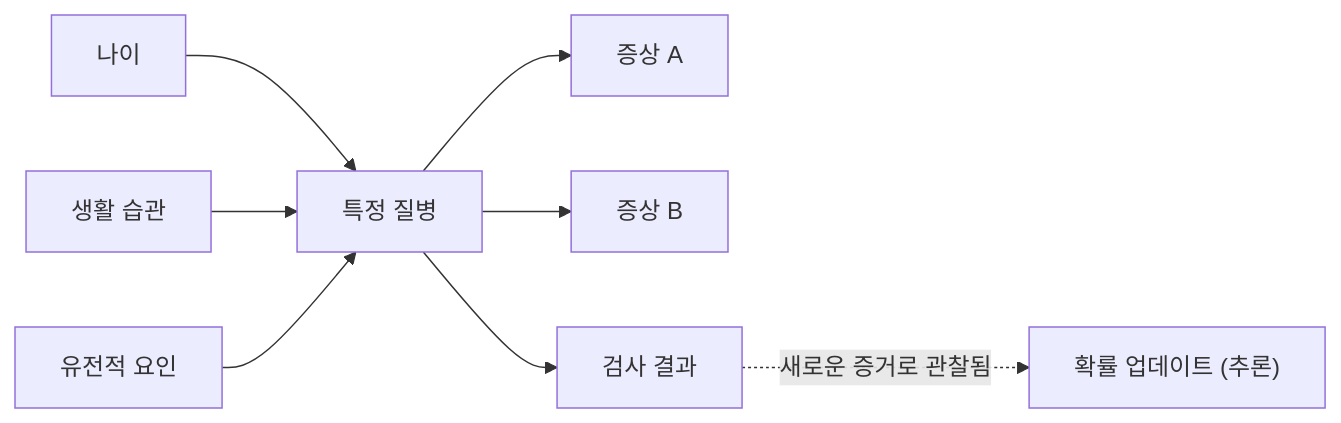
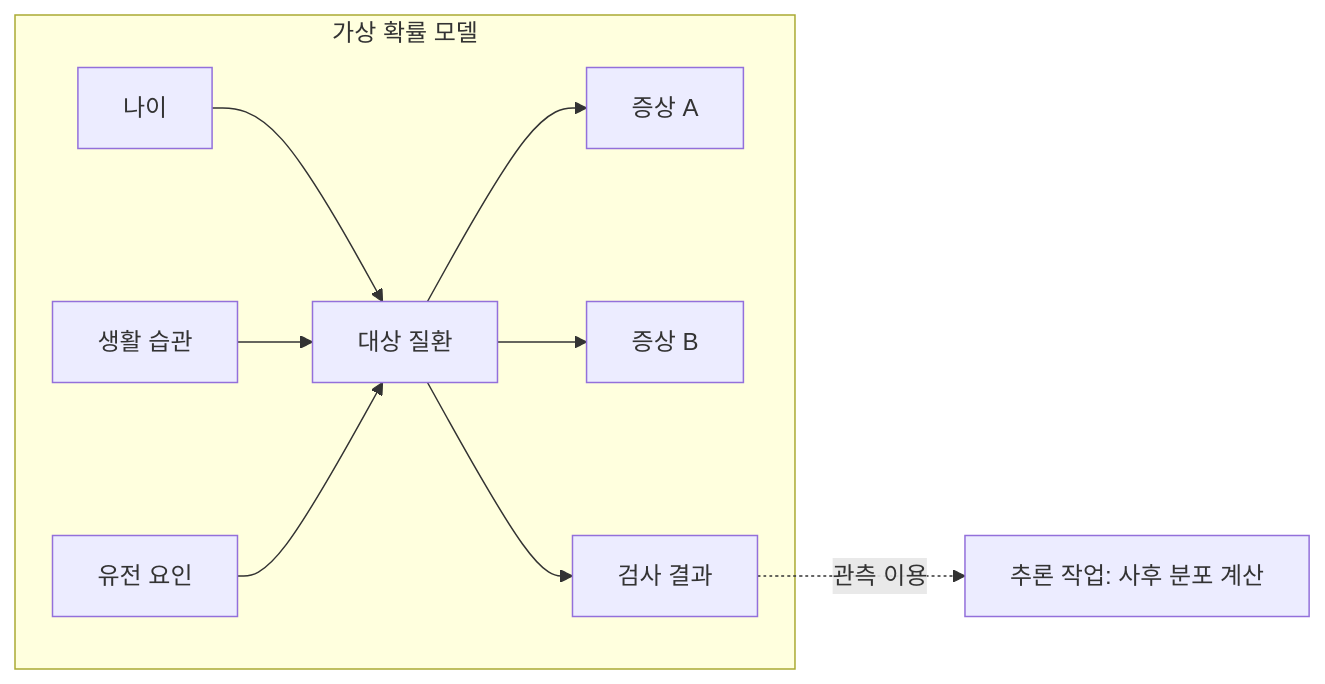
One commit to kenjinote/blog changed the second of 2 diagrams in content/post/bayes-theorem/index.ko.md. Above: the diagram before and after it, drawn with Mermaid. The commit also changed other lines of this file and 8 other files, not shown here.

````diff
--- a/content/post/bayes-theorem/index.ko.md
+++ b/content/post/bayes-theorem/index.ko.md
@@ -116,12 +161,12 @@
 ```mermaid
 flowchart LR
-    Age["나이"] --> Disease["특정 질병"]
-    Lifestyle["생활 습관"] --> Disease
-    Genes["유전적 요인"] --> Disease
-    
-    Disease --> SymptomA["증상 A"]
-    Disease --> SymptomB["증상 B"]
-    Disease --> TestResult["검사 결과"]
-    
-    TestResult -.->|"새로운 증거로 관찰됨"| Update["확률 업데이트 (추론)"]
+    subgraph Model["가상 확률 모델"]
+        Age["나이"] --> Disease["대상 질환"]
+        Lifestyle["생활 습관"] --> Disease
+        Genes["유전 요인"] --> Disease
+        Disease --> SymptomA["증상 A"]
+        Disease --> SymptomB["증상 B"]
+        Disease --> TestResult["검사 결과"]
+    end
+    TestResult -.->|"관측 이용"| Inference["추론 작업: 사후 분포 계산"]
 ```
````
